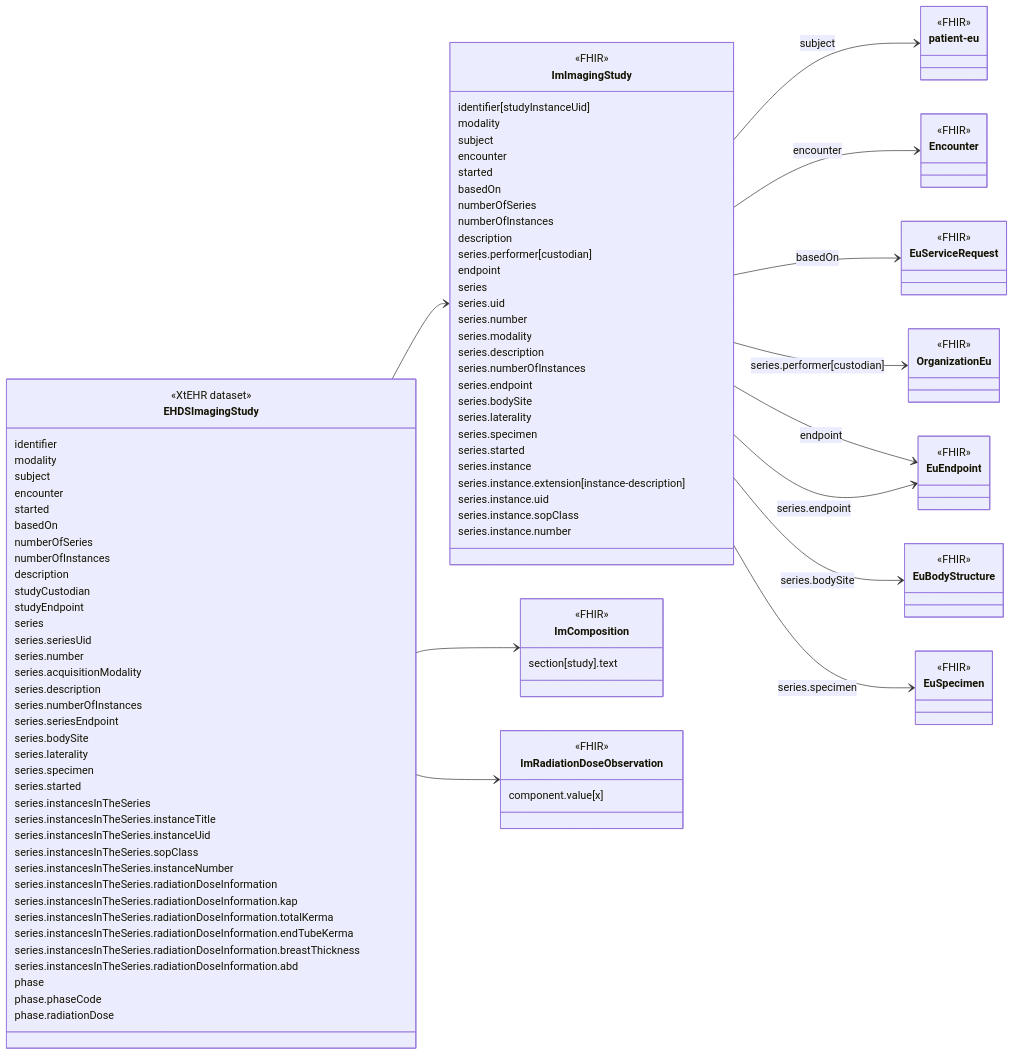
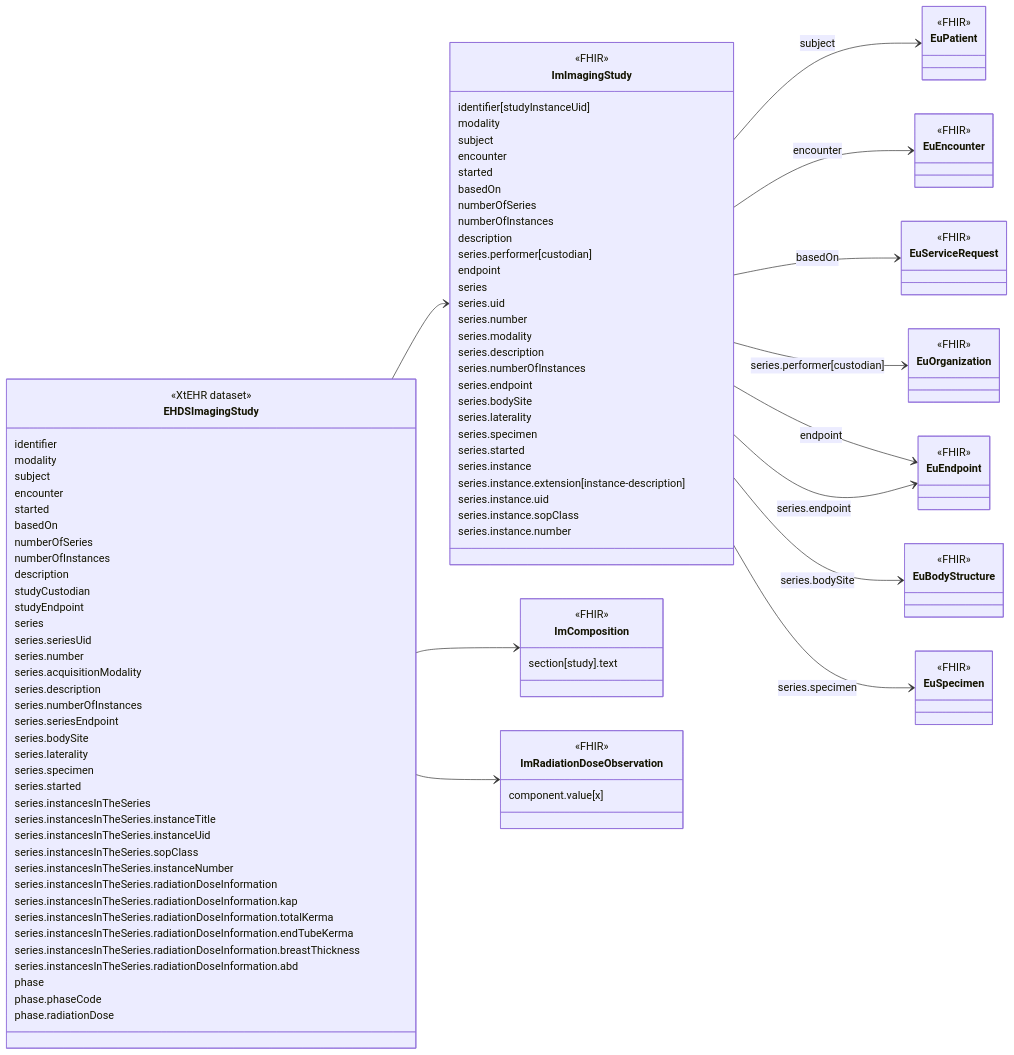
The diagram in input/intro-notes/ConceptMap-EHDSImagingStudyMap-intro.md (oijauregui/ehdsimaging), drawn with Mermaid before and after one commit. The commit also changed 25 other files, not shown here.

```diff
--- a/input/intro-notes/ConceptMap-EHDSImagingStudyMap-intro.md
+++ b/input/intro-notes/ConceptMap-EHDSImagingStudyMap-intro.md
@@ -86,16 +86,16 @@
   component.value[x]
 }
 
-class patient-eu {
+class EuPatient {
   <<FHIR>>
 }
-class Encounter {
+class EuEncounter {
   <<FHIR>>
 }
 class EuServiceRequest {
   <<FHIR>>
 }
-class OrganizationEu {
+class EuOrganization {
   <<FHIR>>
 }
 class EuEndpoint {
@@ -108,10 +108,10 @@
   <<FHIR>>
 }
 EHDSImagingStudy --> ImImagingStudy
-ImImagingStudy --> patient-eu : subject
-ImImagingStudy --> Encounter : encounter
+ImImagingStudy --> EuPatient : subject
+ImImagingStudy --> EuEncounter : encounter
 ImImagingStudy --> EuServiceRequest : basedOn
-ImImagingStudy --> OrganizationEu : series.performer[custodian]
+ImImagingStudy --> EuOrganization : series.performer[custodian]
 ImImagingStudy --> EuEndpoint : endpoint
 ImImagingStudy --> EuEndpoint : series.endpoint
 ImImagingStudy --> EuBodyStructure : series.bodySite
```
